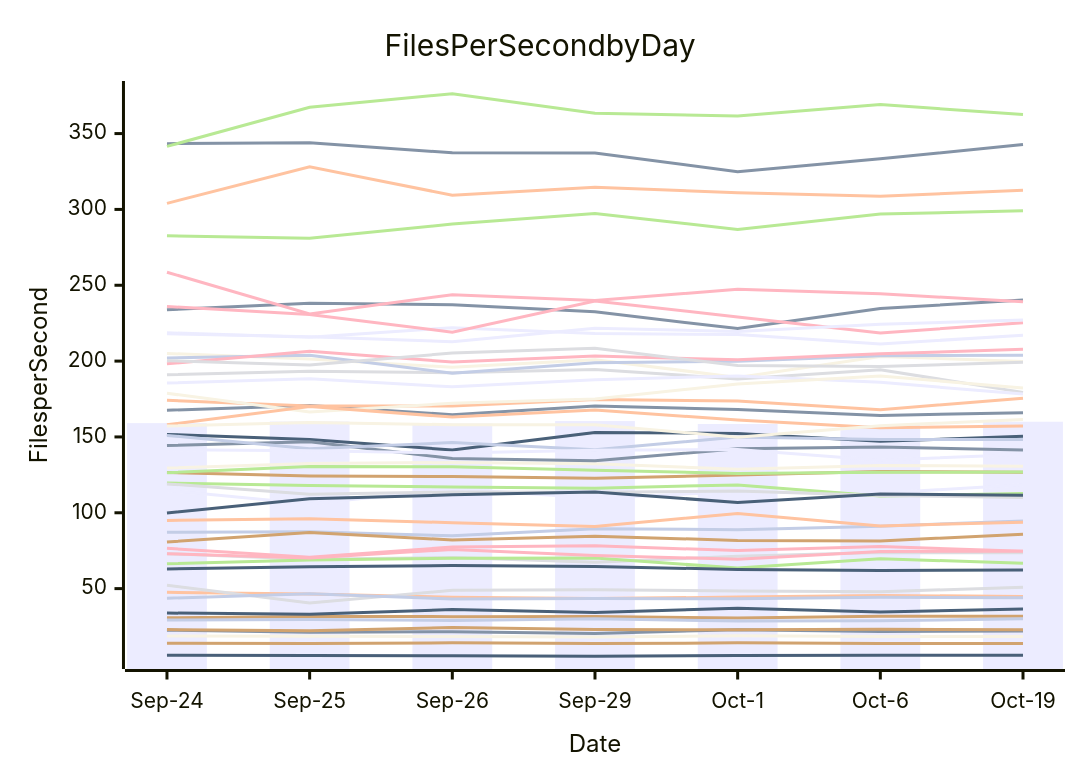
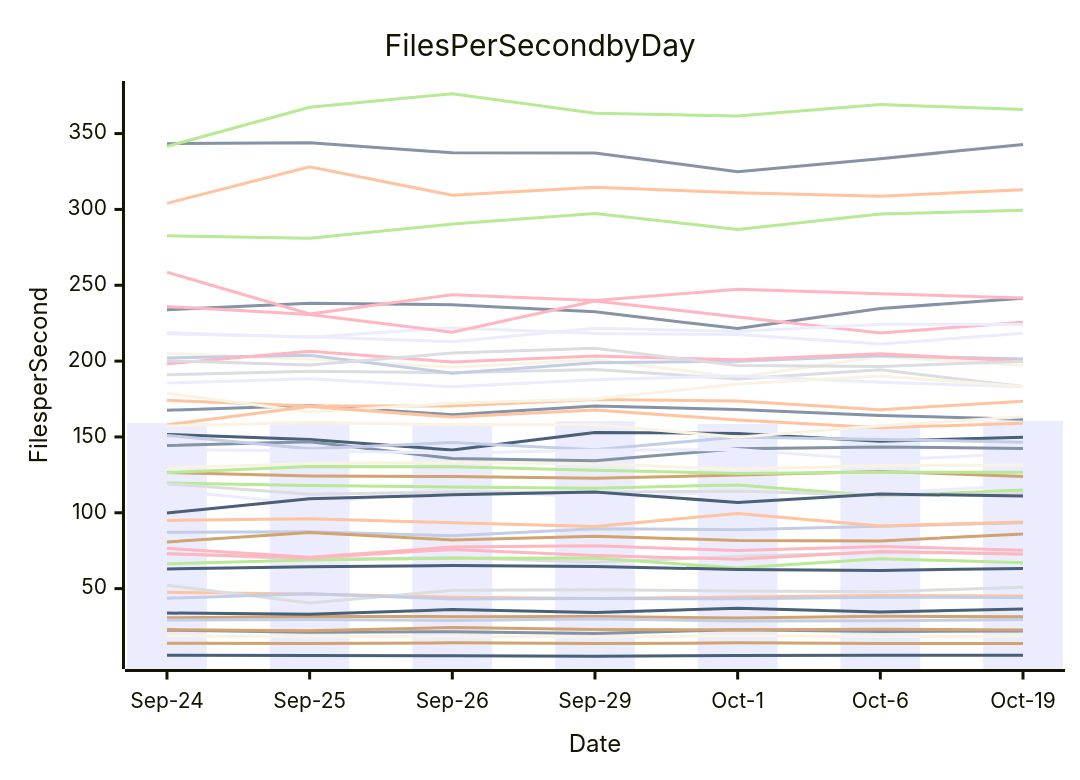
The diagram in perf-report.md (streetsidesoftware/cspell), drawn with Mermaid before and after one commit. The commit also changed other lines of this file and 1 other file, not shown here.

````diff
--- a/perf-report.md
+++ b/perf-report.md
@@ -10,57 +10,57 @@
 ```mermaid
 xychart-beta
     title Files Per Second by Day
     y-axis Files per Second
     x-axis Date [Sep-24, Sep-25, Sep-26, Sep-29, Oct-1, Oct-6, Oct-19]
-    bar [159.12, 160.20, 158.85, 160.46, 158.54, 157.78, 160.04]
-    line [167.61, 170.71, 164.68, 170.44, 168.02, 164.09, 166.02]
-    line [47.56, 46.43, 44.28, 43.43, 44.41, 45.48, 44.85]
-    line [52.29, 40.48, 48.89, 49.28, 48.37, 47.88, 50.93]
-    line [282.67, 280.96, 290.36, 297.31, 286.74, 296.93, 299.10]
-    line [14.04, 13.83, 14.23, 13.74, 14.24, 13.86, 13.78]
-    line [43.68, 46.57, 43.13, 43.45, 43.36, 44.34, 43.95]
-    line [76.56, 70.74, 77.36, 78.18, 75.07, 77.78, 74.57]
-    line [6.07, 5.98, 5.68, 5.41, 5.92, 6.00, 6.05]
-    line [205.02, 201.39, 195.94, 200.94, 189.24, 203.08, 199.81]
-    line [114.76, 105.80, 115.76, 109.67, 113.99, 112.94, 118.48]
-    line [22.62, 21.27, 21.60, 20.47, 22.93, 21.69, 22.05]
-    line [174.18, 170.43, 170.45, 174.63, 173.65, 167.92, 175.54]
-    line [73.00, 69.32, 70.55, 67.39, 71.27, 73.77, 73.65]
-    line [66.34, 68.88, 70.01, 70.14, 63.55, 69.72, 66.70]
-    line [30.72, 31.67, 31.52, 31.59, 30.62, 31.79, 31.82]
-    line [87.21, 87.42, 84.85, 89.53, 88.83, 91.13, 94.59]
-    line [73.03, 70.23, 75.87, 71.80, 69.38, 74.54, 74.63]
-    line [62.91, 64.44, 65.18, 64.56, 62.65, 62.01, 62.25]
-    line [18.78, 18.52, 18.42, 18.07, 18.99, 18.38, 18.41]
-    line [218.68, 215.66, 222.06, 218.14, 217.51, 211.32, 217.02]
-    line [343.35, 343.97, 337.30, 337.13, 324.92, 333.43, 342.76]
-    line [304.00, 328.11, 309.34, 314.63, 311.05, 308.73, 312.61]
-    line [190.99, 193.37, 192.37, 194.39, 188.26, 194.31, 179.38]
-    line [119.64, 118.05, 116.99, 116.24, 118.39, 111.00, 112.67]
-    line [126.63, 124.32, 123.86, 122.76, 124.85, 127.28, 126.74]
-    line [202.02, 203.87, 192.01, 198.88, 199.85, 203.55, 203.91]
-    line [198.18, 206.47, 199.39, 203.39, 200.83, 204.79, 207.81]
-    line [33.90, 33.12, 36.15, 34.22, 37.04, 34.53, 36.60]
-    line [129.51, 132.51, 133.16, 132.31, 128.76, 131.24, 130.75]
-    line [185.48, 188.32, 183.01, 187.77, 190.16, 185.98, 178.31]
-    line [233.86, 238.09, 237.21, 232.50, 221.42, 234.66, 240.21]
-    line [94.92, 96.04, 93.49, 90.93, 99.59, 91.34, 93.82]
-    line [200.29, 197.49, 205.32, 208.45, 197.08, 196.39, 199.29]
-    line [126.43, 130.53, 130.33, 127.99, 125.90, 126.66, 126.82]
-    line [23.00, 22.21, 24.38, 23.05, 22.85, 23.16, 22.93]
-    line [29.23, 29.70, 28.98, 30.17, 28.67, 28.81, 30.09]
-    line [235.99, 230.67, 219.04, 239.66, 229.06, 218.48, 225.23]
-    line [151.64, 148.32, 141.41, 152.96, 152.29, 147.14, 150.44]
-    line [178.77, 166.50, 172.24, 175.00, 184.88, 190.21, 182.25]
-    line [217.97, 216.10, 212.71, 221.60, 219.58, 224.28, 227.05]
-    line [144.39, 146.81, 135.80, 134.31, 142.24, 143.38, 141.40]
-    line [158.06, 170.07, 163.11, 167.69, 161.21, 156.12, 157.22]
-    line [119.04, 112.27, 113.64, 113.59, 114.39, 111.42, 110.03]
-    line [341.57, 367.34, 376.26, 363.37, 361.56, 369.11, 362.54]
-    line [80.71, 87.03, 82.08, 84.54, 81.78, 81.41, 85.90]
-    line [151.00, 142.17, 146.26, 141.54, 150.02, 148.37, 148.32]
-    line [258.60, 231.14, 243.74, 239.90, 247.38, 244.34, 239.13]
-    line [99.84, 109.30, 111.81, 113.74, 106.75, 112.35, 111.57]
-    line [157.19, 159.48, 158.08, 158.04, 149.87, 157.33, 161.53]
-    line [141.65, 140.89, 139.38, 141.22, 141.74, 134.66, 138.47]
+    bar [159.12, 160.20, 158.85, 160.46, 158.54, 157.78, 160.58]
+    line [167.61, 170.71, 164.68, 170.44, 168.02, 164.09, 161.71]
+    line [47.56, 46.43, 44.28, 43.43, 44.41, 45.48, 45.18]
+    line [52.29, 40.48, 48.89, 49.28, 48.37, 47.88, 50.97]
+    line [282.67, 280.96, 290.36, 297.31, 286.74, 296.93, 299.41]
+    line [14.04, 13.83, 14.23, 13.74, 14.24, 13.86, 13.81]
+    line [43.68, 46.57, 43.13, 43.45, 43.36, 44.34, 44.15]
+    line [76.56, 70.74, 77.36, 78.18, 75.07, 77.78, 75.28]
+    line [6.07, 5.98, 5.68, 5.41, 5.92, 6.00, 6.02]
+    line [205.02, 201.39, 195.94, 200.94, 189.24, 203.08, 197.32]
+    line [114.76, 105.80, 115.76, 109.67, 113.99, 112.94, 118.00]
+    line [22.62, 21.27, 21.60, 20.47, 22.93, 21.69, 22.11]
+    line [174.18, 170.43, 170.45, 174.63, 173.65, 167.92, 173.59]
+    line [73.00, 69.32, 70.55, 67.39, 71.27, 73.77, 73.27]
+    line [66.34, 68.88, 70.01, 70.14, 63.55, 69.72, 67.05]
+    line [30.72, 31.67, 31.52, 31.59, 30.62, 31.79, 31.44]
+    line [87.21, 87.42, 84.85, 89.53, 88.83, 91.13, 93.37]
+    line [73.03, 70.23, 75.87, 71.80, 69.38, 74.54, 72.64]
+    line [62.91, 64.44, 65.18, 64.56, 62.65, 62.01, 63.29]
+    line [18.78, 18.52, 18.42, 18.07, 18.99, 18.38, 18.69]
+    line [218.68, 215.66, 222.06, 218.14, 217.51, 211.32, 218.31]
+    line [343.35, 343.97, 337.30, 337.13, 324.92, 333.43, 342.86]
+    line [304.00, 328.11, 309.34, 314.63, 311.05, 308.73, 313.03]
+    line [190.99, 193.37, 192.37, 194.39, 188.26, 194.31, 183.18]
+    line [119.64, 118.05, 116.99, 116.24, 118.39, 111.00, 115.01]
+    line [126.63, 124.32, 123.86, 122.76, 124.85, 127.28, 123.99]
+    line [202.02, 203.87, 192.01, 198.88, 199.85, 203.55, 201.34]
+    line [198.18, 206.47, 199.39, 203.39, 200.83, 204.79, 199.89]
+    line [33.90, 33.12, 36.15, 34.22, 37.04, 34.53, 36.49]
+    line [129.51, 132.51, 133.16, 132.31, 128.76, 131.24, 131.49]
+    line [185.48, 188.32, 183.01, 187.77, 190.16, 185.98, 183.04]
+    line [233.86, 238.09, 237.21, 232.50, 221.42, 234.66, 241.48]
+    line [94.92, 96.04, 93.49, 90.93, 99.59, 91.34, 93.97]
+    line [200.29, 197.49, 205.32, 208.45, 197.08, 196.39, 199.93]
+    line [126.43, 130.53, 130.33, 127.99, 125.90, 126.66, 126.74]
+    line [23.00, 22.21, 24.38, 23.05, 22.85, 23.16, 22.78]
+    line [29.23, 29.70, 28.98, 30.17, 28.67, 28.81, 29.58]
+    line [235.99, 230.67, 219.04, 239.66, 229.06, 218.48, 225.66]
+    line [151.64, 148.32, 141.41, 152.96, 152.29, 147.14, 149.81]
+    line [178.77, 166.50, 172.24, 175.00, 184.88, 190.21, 183.26]
+    line [217.97, 216.10, 212.71, 221.60, 219.58, 224.28, 224.21]
+    line [144.39, 146.81, 135.80, 134.31, 142.24, 143.38, 142.44]
+    line [158.06, 170.07, 163.11, 167.69, 161.21, 156.12, 158.95]
+    line [119.04, 112.27, 113.64, 113.59, 114.39, 111.42, 112.56]
+    line [341.57, 367.34, 376.26, 363.37, 361.56, 369.11, 365.93]
+    line [80.71, 87.03, 82.08, 84.54, 81.78, 81.41, 86.03]
+    line [151.00, 142.17, 146.26, 141.54, 150.02, 148.37, 146.50]
+    line [258.60, 231.14, 243.74, 239.90, 247.38, 244.34, 241.58]
+    line [99.84, 109.30, 111.81, 113.74, 106.75, 112.35, 111.02]
+    line [157.19, 159.48, 158.08, 158.04, 149.87, 157.33, 163.29]
+    line [141.65, 140.89, 139.38, 141.22, 141.74, 134.66, 139.08]
 ```
````
